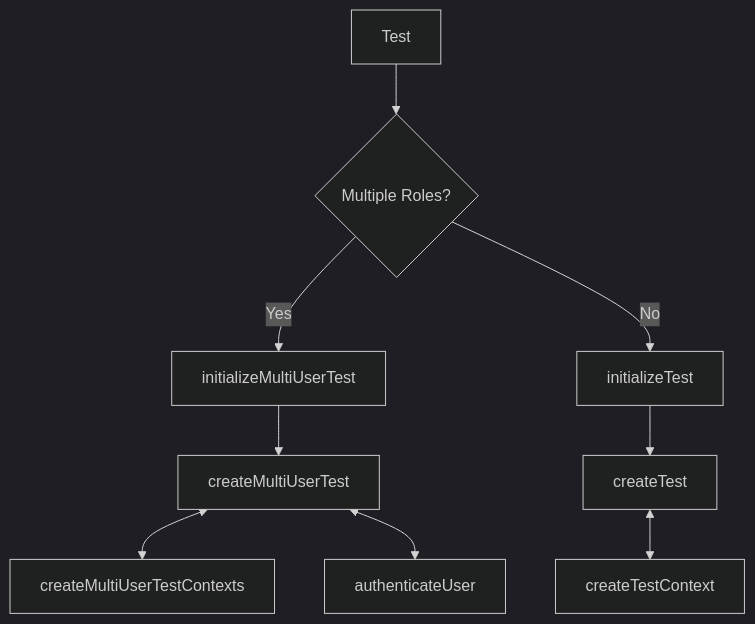
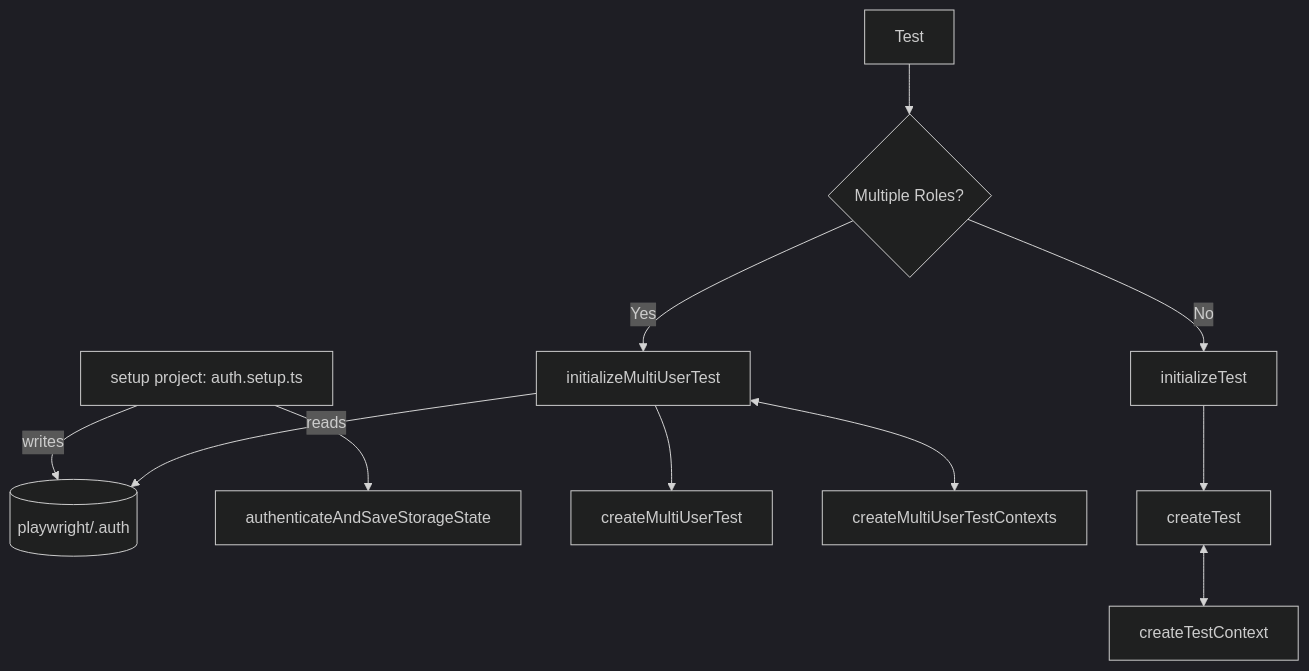
Before and after one commit to dvbern/stip: the diagram in frontend/apps/gesuch-app-e2e/setup-readme.md, drawn with Mermaid (dark theme). The commit also changed other lines of this file and 9 other files, not shown here.

````diff
--- a/frontend/apps/gesuch-app-e2e/setup-readme.md
+++ b/frontend/apps/gesuch-app-e2e/setup-readme.md
@@ -5,11 +12,13 @@
 ```mermaid
 graph TD
+S[setup project: auth.setup.ts] -->|writes| A[(playwright/.auth)]
+S --> AA[authenticateAndSaveStorageState]
 E2E[Test] --> B{Multiple Roles?}
 B -->|Yes|C[initializeMultiUserTest]
 B -->|No|D[initializeTest]
 C --> E[createMultiUserTest]
-E <--> F[createMultiUserTestContexts]
-E <--> G[authenticateUser]
+C -->|reads| A
+C <--> F[createMultiUserTestContexts]
 D --> H[createTest]
 H <--> I[createTestContext]
 ```
````
